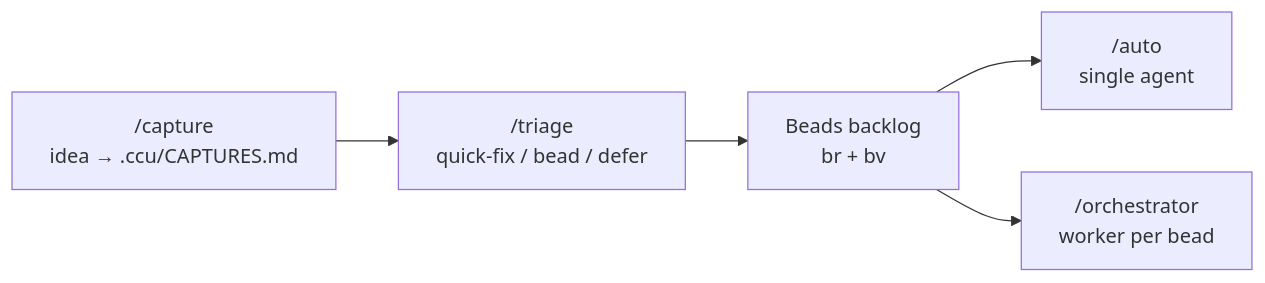
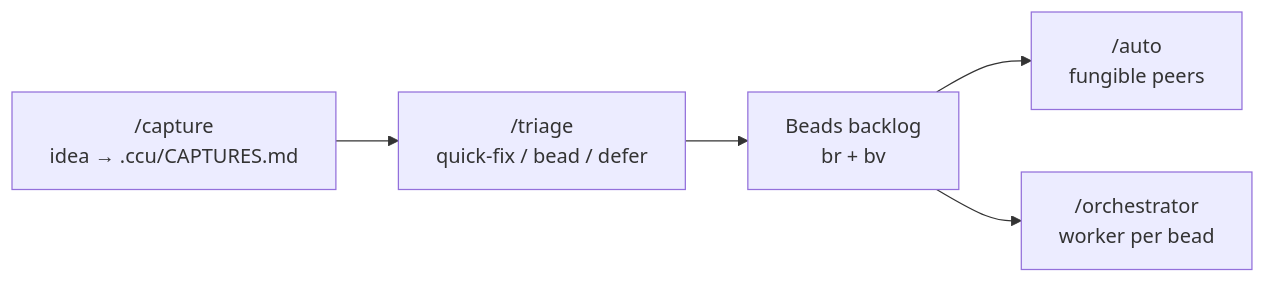
The first of 2 diagrams in README.md (trungtnm/claude-code-utils), drawn with Mermaid before and after one commit. The commit also changed other lines of this file and 6 other files, not shown here.

````diff
--- a/README.md
+++ b/README.md
@@ -46,7 +46,7 @@
 ```mermaid
 graph LR
     A["/capture<br/>idea → .ccu/CAPTURES.md"] --> B["/triage<br/>quick-fix / bead / defer"]
     B --> C["Beads backlog<br/>br + bv"]
-    C --> D["/auto<br/>single agent"]
+    C --> D["/auto<br/>fungible peers"]
     C --> E["/orchestrator<br/>worker per bead"]
 ```
````
